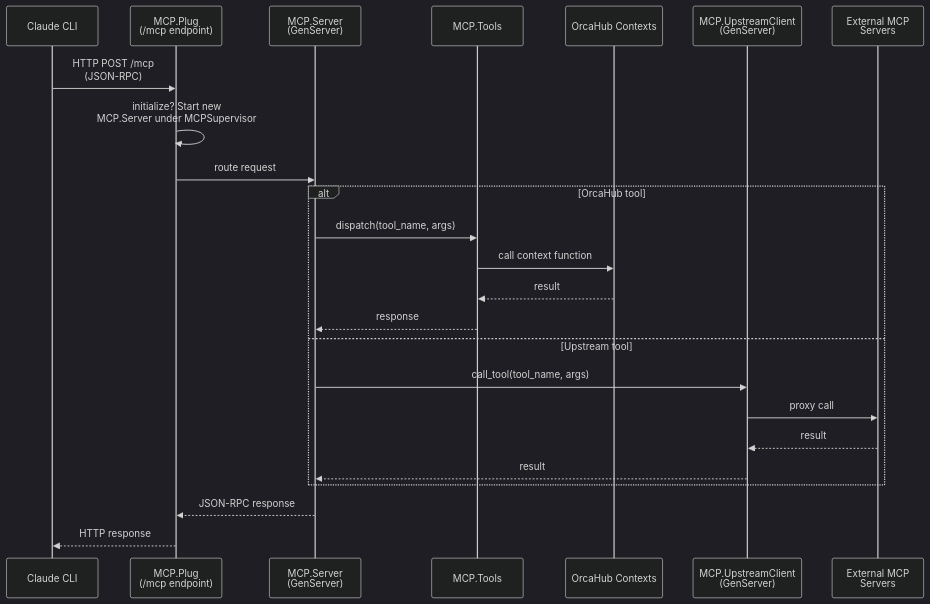
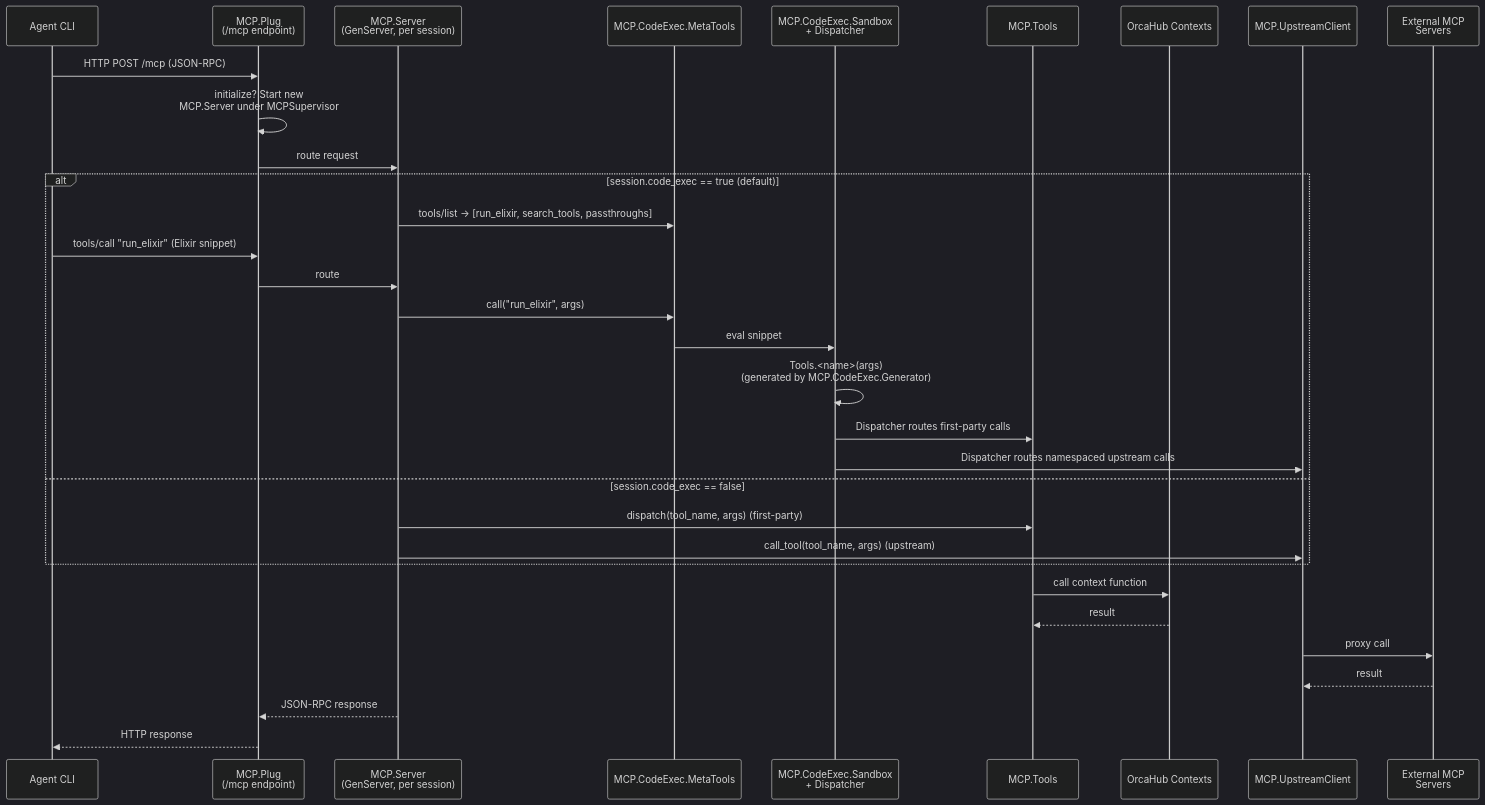
Before and after one commit to zingbretsen/orca_hub: the third of 3 diagrams in .context/message-flow.md, drawn with Mermaid (dark theme). The commit also changed other lines of this file and 6 other files, not shown here.

First line of the commit message:
Refresh .context architecture docs to match current code

````diff
--- a/.context/message-flow.md
+++ b/.context/message-flow.md
@@ -47,29 +149,38 @@
 ```mermaid
 sequenceDiagram
-    participant CLI as Claude CLI
+    participant CLI as Agent CLI
     participant MCPPlug as MCP.Plug<br>(/mcp endpoint)
-    participant Server as MCP.Server<br>(GenServer)
+    participant Server as MCP.Server<br>(GenServer, per session)
+    participant MetaTools as MCP.CodeExec.MetaTools
+    participant Sandbox as MCP.CodeExec.Sandbox<br>+ Dispatcher
     participant Tools as MCP.Tools
     participant Context as OrcaHub Contexts
-    participant UpClient as MCP.UpstreamClient<br>(GenServer)
+    participant UpClient as MCP.UpstreamClient
     participant Upstream as External MCP<br>Servers
 
-    CLI->>MCPPlug: HTTP POST /mcp<br>(JSON-RPC)
+    CLI->>MCPPlug: HTTP POST /mcp (JSON-RPC)
     MCPPlug->>MCPPlug: initialize? Start new<br>MCP.Server under MCPSupervisor
     MCPPlug->>Server: route request
 
-    alt OrcaHub tool
-        Server->>Tools: dispatch(tool_name, args)
-        Tools->>Context: call context function
-        Context-->>Tools: result
-        Tools-->>Server: response
-    else Upstream tool
-        Server->>UpClient: call_tool(tool_name, args)
-        UpClient->>Upstream: proxy call
-        Upstream-->>UpClient: result
-        UpClient-->>Server: result
+    alt session.code_exec == true (default)
+        Server->>MetaTools: tools/list -> [run_elixir, search_tools, passthroughs]
+        CLI->>MCPPlug: tools/call "run_elixir" (Elixir snippet)
+        MCPPlug->>Server: route
+        Server->>MetaTools: call("run_elixir", args)
+        MetaTools->>Sandbox: eval snippet
+        Sandbox->>Sandbox: Tools.<name>(args)<br>(generated by MCP.CodeExec.Generator)
+        Sandbox->>Tools: Dispatcher routes first-party calls
+        Sandbox->>UpClient: Dispatcher routes namespaced upstream calls
+    else session.code_exec == false
+        Server->>Tools: dispatch(tool_name, args) (first-party)
+        Server->>UpClient: call_tool(tool_name, args) (upstream)
     end
+
+    Tools->>Context: call context function
+    Context-->>Tools: result
+    UpClient->>Upstream: proxy call
+    Upstream-->>UpClient: result
 
     Server-->>MCPPlug: JSON-RPC response
     MCPPlug-->>CLI: HTTP response
 ```
````
